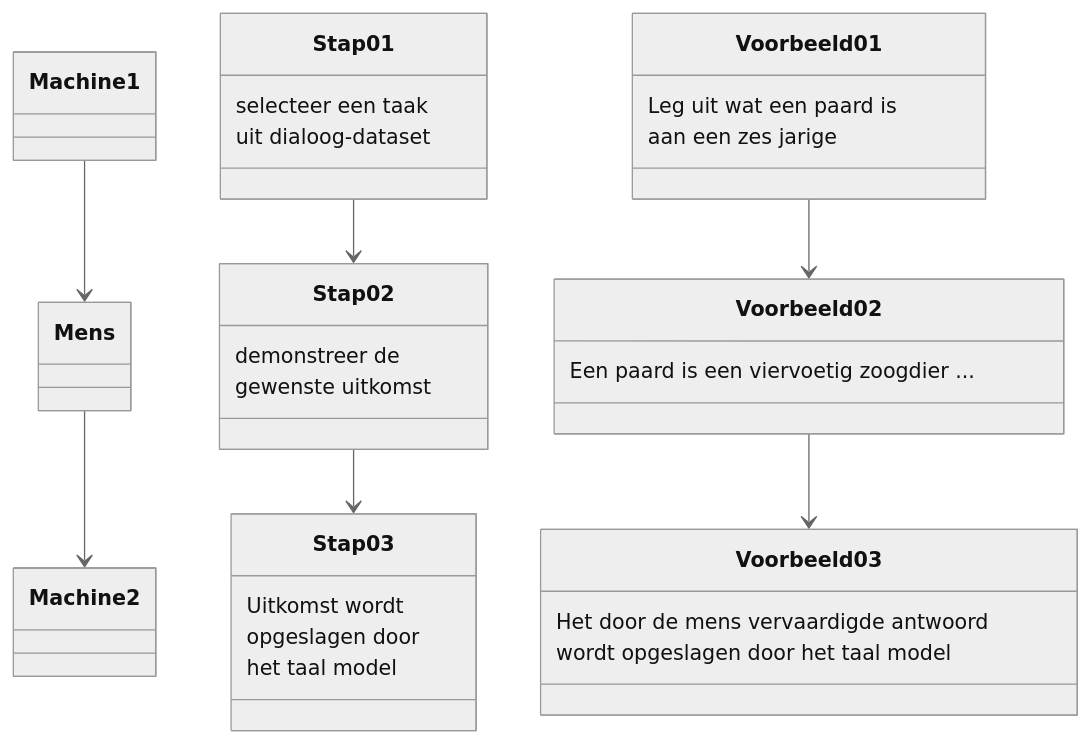
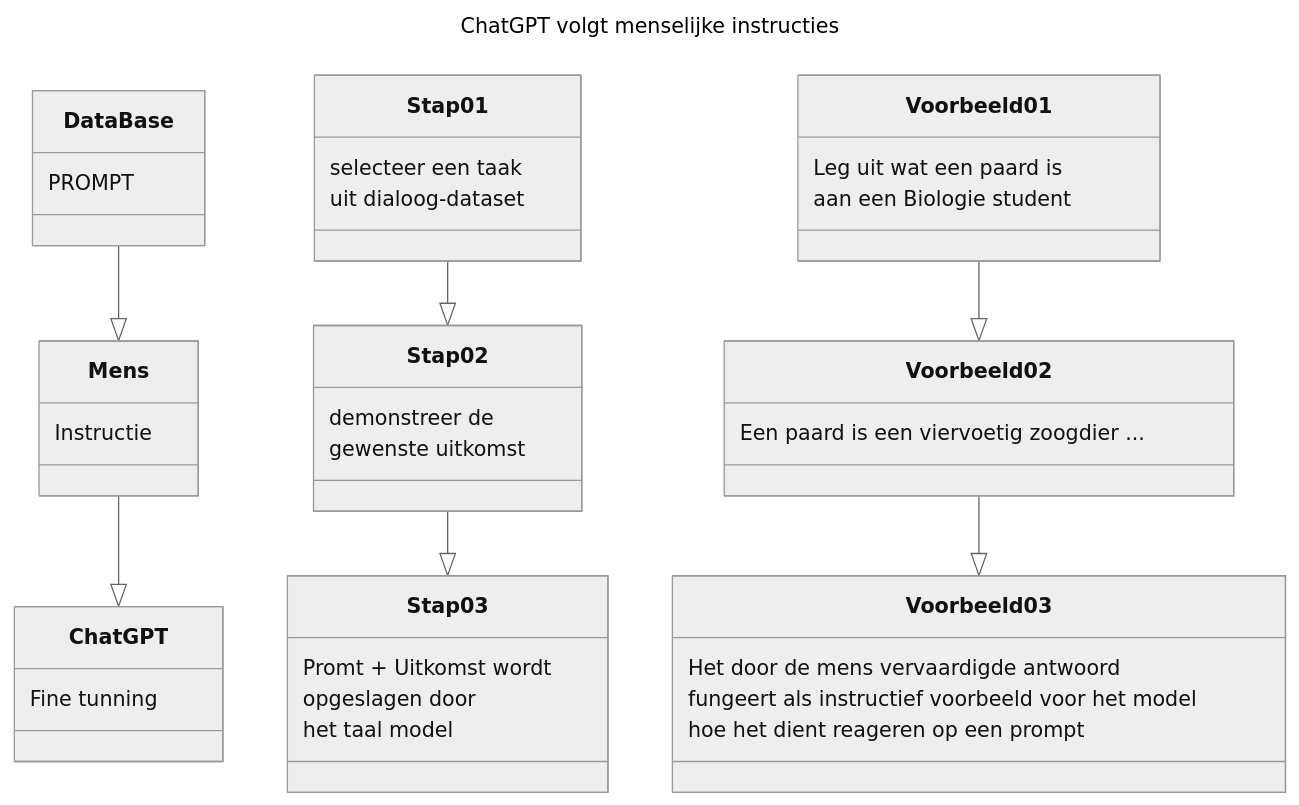
Before and after one commit to robvdw/AI-s-NEW-FRONTIER--Chat-GPT: the second of 3 diagrams in README.md, drawn with Mermaid (neutral theme). The commit also changed other lines of this file, not shown here.

````diff
--- a/README.md
+++ b/README.md
@@ -53,21 +58,28 @@
 ```mermaid
+---
+title: [ChatGPT volgt menselijke instructies]
+---
 classDiagram
-Machine1 --> Mens
-Mens --> Machine2
-Stap01  --> Stap02
+DataBase --|> Mens
+DataBase : PROMPT
+Mens --|> ChatGPT
+Mens : Instructie
+ChatGPT : Fine tunning
+Stap01  --|> Stap02
 Stap01 : selecteer een taak
 Stap01 : uit dialoog-dataset
 Stap02 : demonstreer de 
 Stap02 : gewenste uitkomst
-Stap02 --> Stap03
-Stap03 : Uitkomst wordt
+Stap02 --|> Stap03
+Stap03 : Promt + Uitkomst wordt
 Stap03 : opgeslagen door
 Stap03 : het taal model
-Voorbeeld01 --> Voorbeeld02
-Voorbeeld02 --> Voorbeeld03
+Voorbeeld01 --|> Voorbeeld02
+Voorbeeld02 --|> Voorbeeld03
 Voorbeeld01 : Leg uit wat een paard is
-Voorbeeld01 : aan een zes jarige
+Voorbeeld01 : aan een Biologie student
 Voorbeeld02 : Een paard is een viervoetig zoogdier ...
 Voorbeeld03 : Het door de mens vervaardigde antwoord
-Voorbeeld03 : wordt opgeslagen door het taal model
+Voorbeeld03 : fungeert als instructief voorbeeld  voor het model
+Voorbeeld03 : hoe het dient reageren op een prompt
 ```
````
